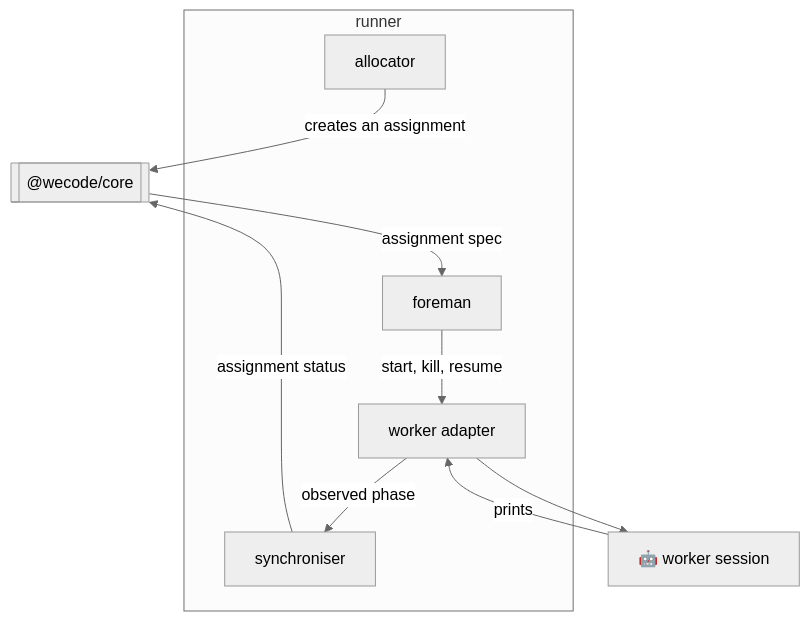
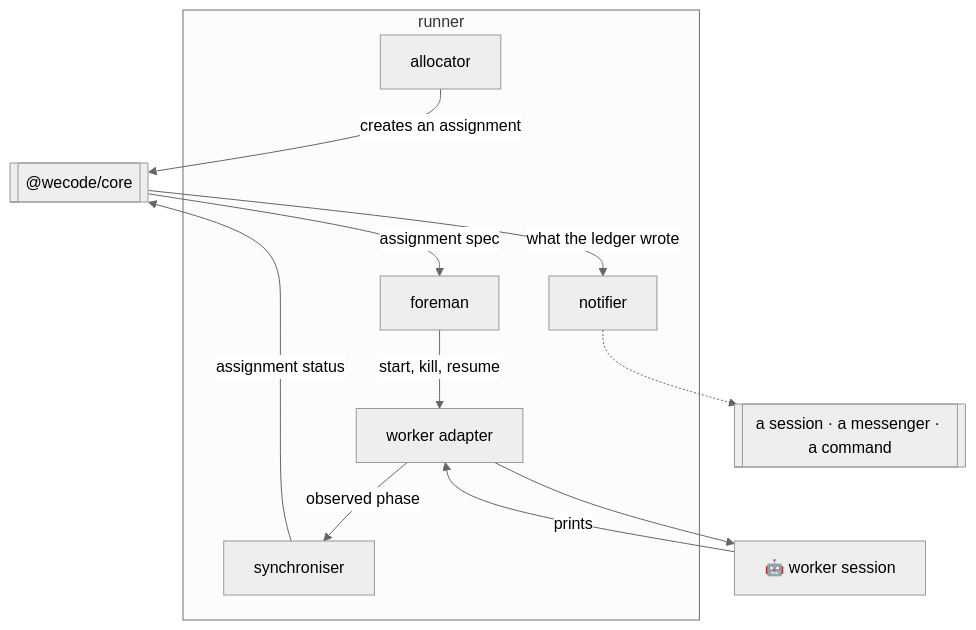
The fourth of 4 diagrams in docs/design/01. Architecture Diagram L1-L2.md (chandra-wijaya-setiawan/wecode), drawn with Mermaid (neutral theme) before and after one commit. The commit also changed other lines of this file, not shown here.

First line of the commit message:
design: where a notifier lives

````diff
--- a/docs/design/01. Architecture Diagram L1-L2.md
+++ b/docs/design/01. Architecture Diagram L1-L2.md
@@ -127,21 +130,26 @@
 ```mermaid
 flowchart TB
     CORE[["@wecode/core"]]
 
     subgraph runner
         ALLOC[allocator]
         FOREMAN[foreman]
         SYNC[synchroniser]
         ADP[worker adapter]
+        NOTIFY[notifier]
     end
 
     AGW["🤖 worker session"]
+    OUT[["a session · a messenger · a command"]]
 
     ALLOC -->|creates an assignment| CORE
     CORE -->|assignment spec| FOREMAN
     FOREMAN -->|start, kill, resume| ADP
     ADP --> AGW
     AGW -->|prints| ADP
     ADP -->|observed phase| SYNC
     SYNC -->|assignment status| CORE
+
+    CORE -->|what the ledger wrote| NOTIFY
+    NOTIFY -.-> OUT
 ```
````
